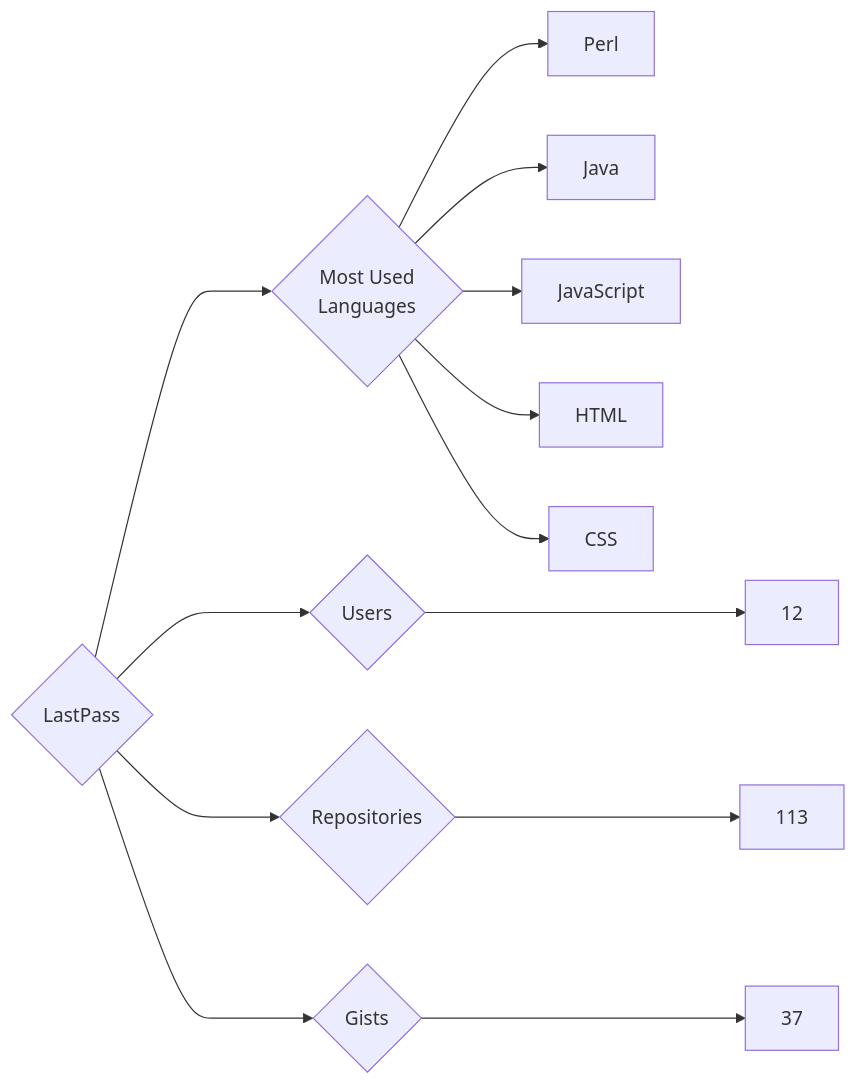
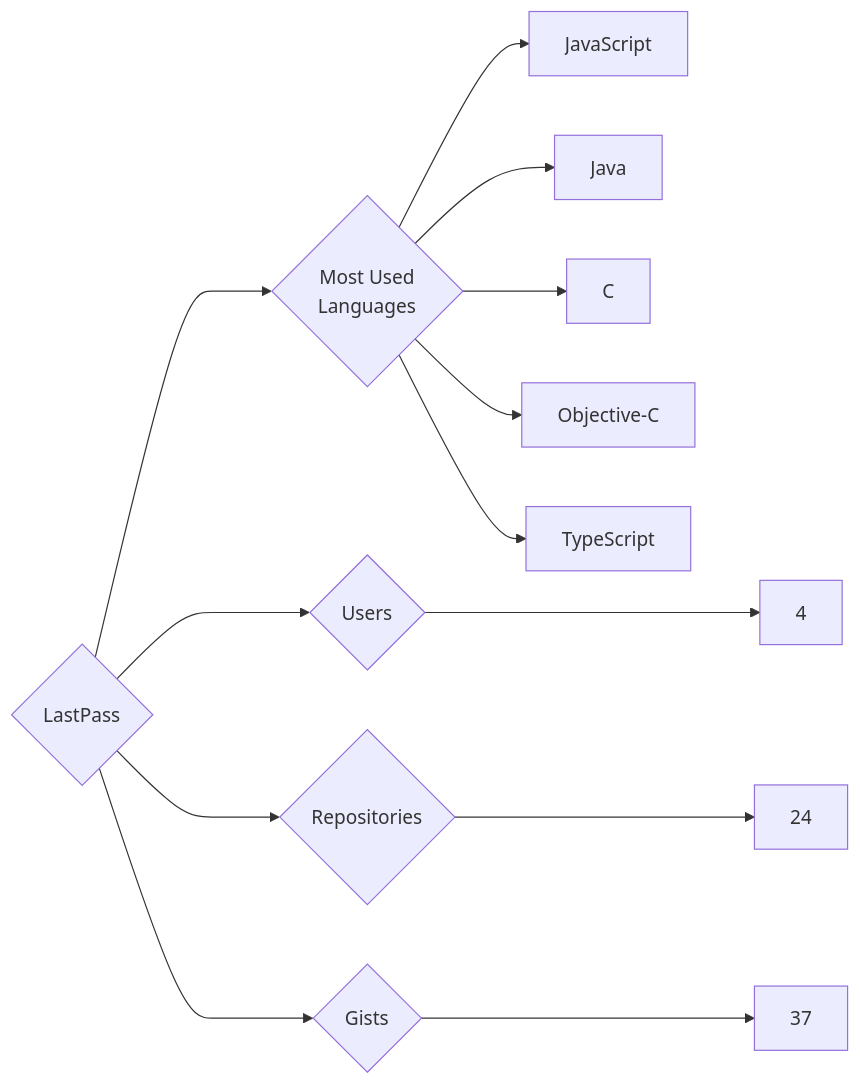
The diagram in targets/LastPass/README.md (trickest/insiders), drawn with Mermaid before and after one commit. The commit also changed 1084 other files, not shown here.

````diff
--- a/targets/LastPass/README.md
+++ b/targets/LastPass/README.md
@@ -3,13 +3,13 @@
 ```mermaid
 graph LR
 COMPANY_NAME{LastPass}
-COMPANY_NAME ---> U{Users} ---> UN[12]
-COMPANY_NAME ---> R{Repositories} ---> RN[113]
+COMPANY_NAME ---> U{Users} ---> UN[4]
+COMPANY_NAME ---> R{Repositories} ---> RN[24]
 COMPANY_NAME ---> G{Gists} ---> GN[37]
 COMPANY_NAME ---> ML{Most Used<br>Languages}
-ML --> Perl[Perl]
+ML --> JavaScript[JavaScript]
 ML --> Java[Java]
-ML --> JavaScript[JavaScript]
-ML --> HTML[HTML]
-ML --> CSS[CSS]
+ML --> C[C]
+ML --> Objective-C[Objective-C]
+ML --> TypeScript[TypeScript]
 ```
````
